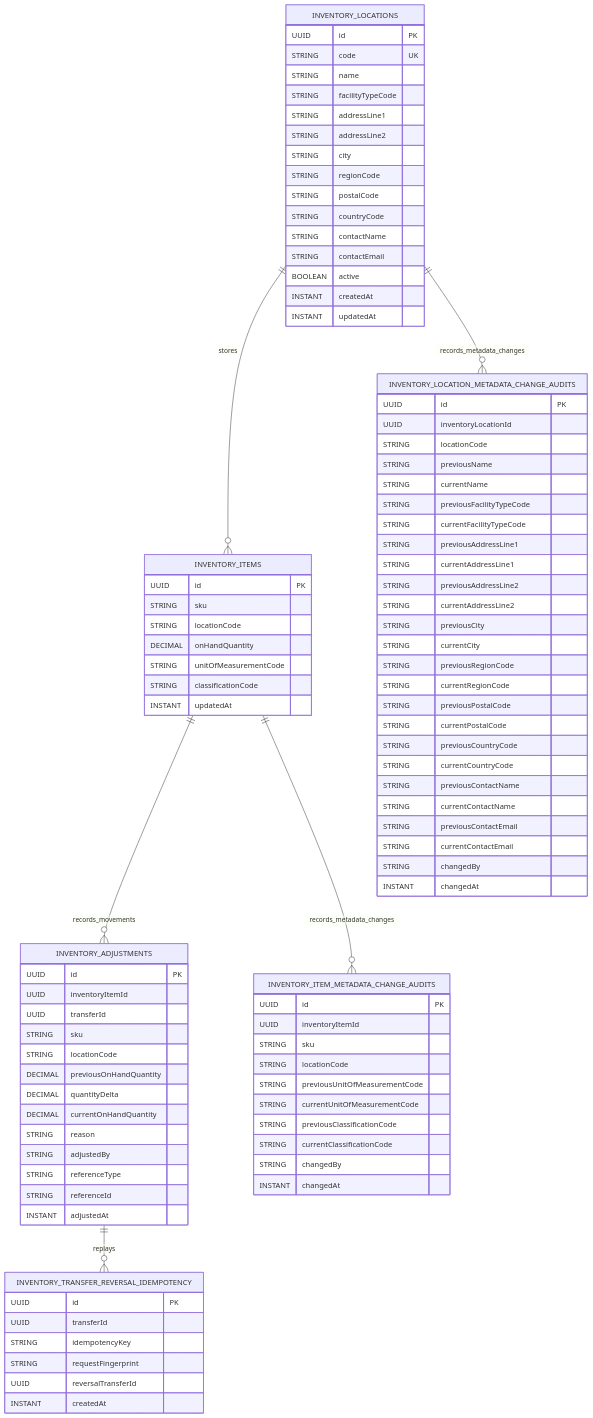
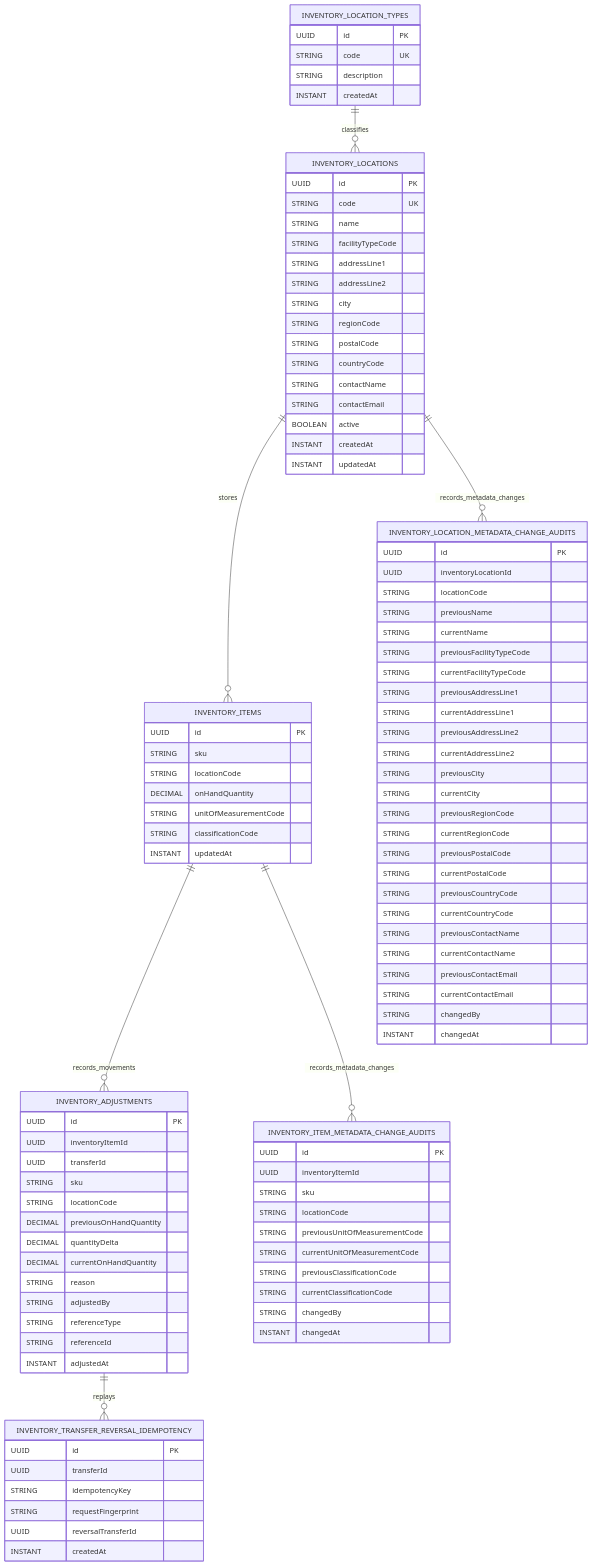
One commit to ArcanaERP/platform changed the diagram in docs/inventory-data-model.md. Above: the diagram before and after it, drawn with Mermaid. The commit also changed other lines of this file and 14 other files, not shown here.

Commit message:
Validate inventory location type codes

````diff
--- a/docs/inventory-data-model.md
+++ b/docs/inventory-data-model.md
@@ -7,10 +7,18 @@
 ```mermaid
 erDiagram
+    INVENTORY_LOCATION_TYPES ||--o{ INVENTORY_LOCATIONS : classifies
     INVENTORY_LOCATIONS ||--o{ INVENTORY_ITEMS : stores
     INVENTORY_LOCATIONS ||--o{ INVENTORY_LOCATION_METADATA_CHANGE_AUDITS : records_metadata_changes
     INVENTORY_ITEMS ||--o{ INVENTORY_ADJUSTMENTS : records_movements
     INVENTORY_ITEMS ||--o{ INVENTORY_ITEM_METADATA_CHANGE_AUDITS : records_metadata_changes
     INVENTORY_ADJUSTMENTS ||--o{ INVENTORY_TRANSFER_REVERSAL_IDEMPOTENCY : replays
+
+    INVENTORY_LOCATION_TYPES {
+      UUID id PK
+      STRING code UK
+      STRING description
+      INSTANT createdAt
+    }
 
     INVENTORY_LOCATIONS {
       UUID id PK
````
